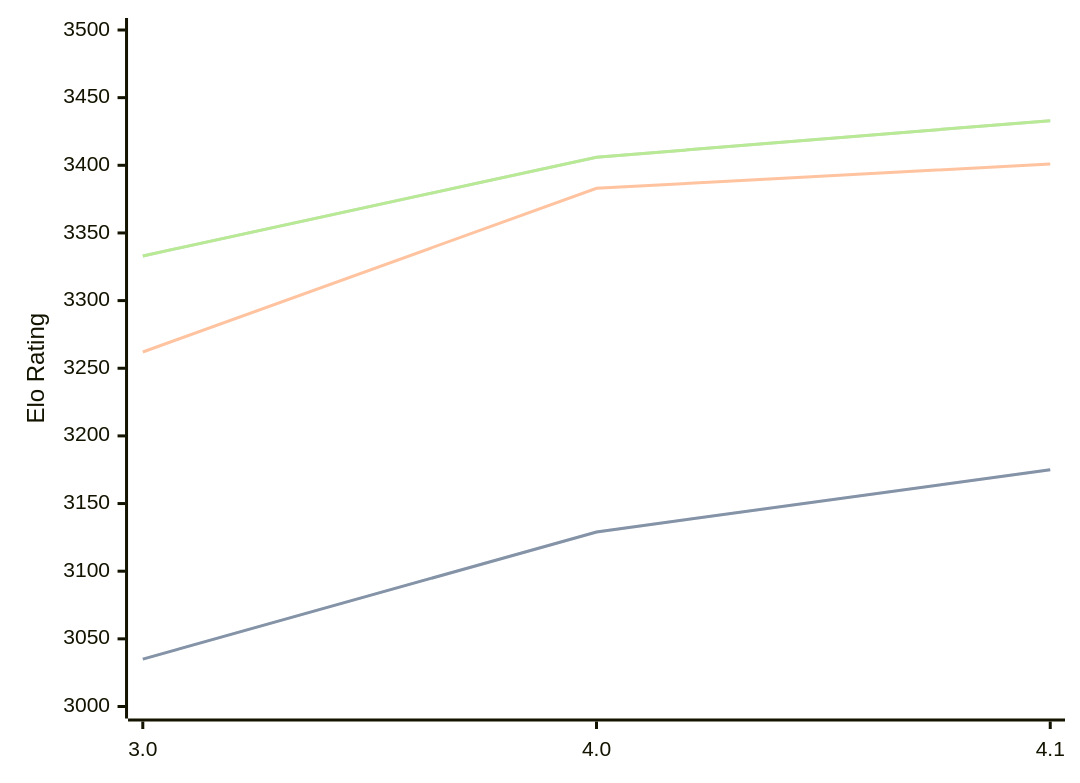
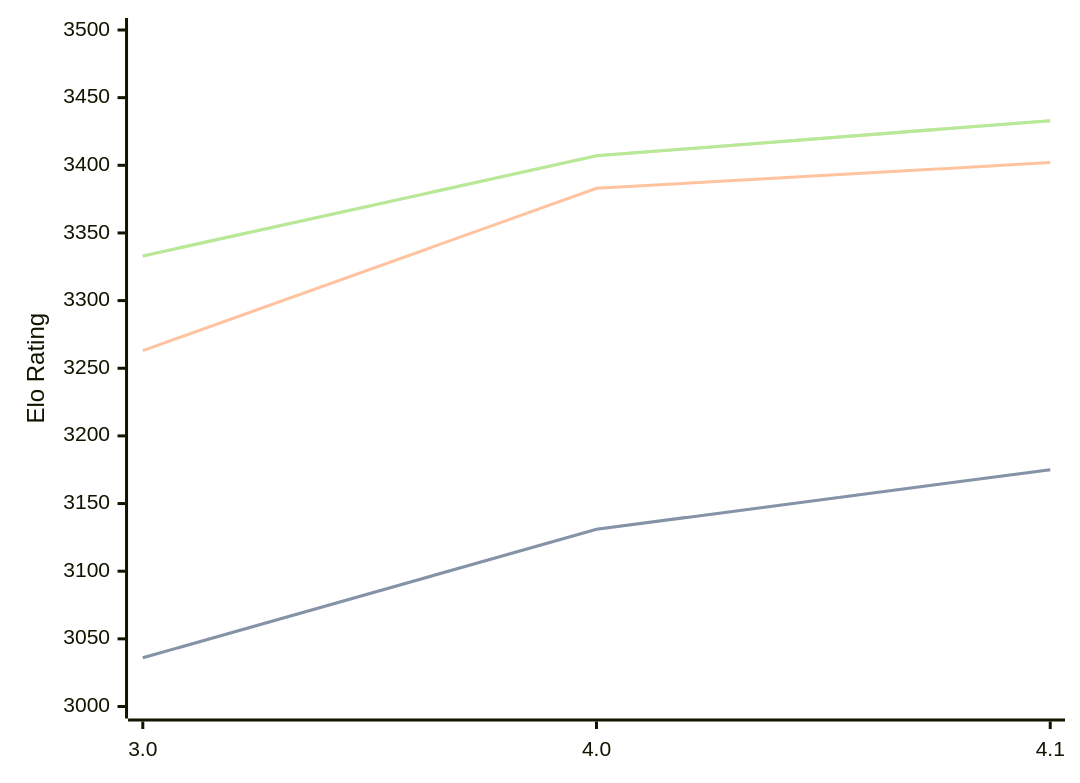
Before and after one commit to computer-chess-index/cci: the diagram in engines/Eleanor.md, drawn with Mermaid. The commit also changed other lines of this file, not shown here.

Commit message:
Update CCI Ratings (ELO VLTC) - 2026-10-08

````diff
--- a/engines/Eleanor.md
+++ b/engines/Eleanor.md
@@ -33,11 +33,11 @@
 ```mermaid
 %%{init: {"theme":"base","themeVariables":{"seriesColors:['#a3a3a3','#222221','#faa371']}}}%%
 xychart-beta
   x-axis ["3.0", "4.0", "4.1"]
   y-axis "Elo Rating" 3000 --> 3500
-  line "" [3035, 3129, 3175]
-  line "STC (8.0+0.08s)" [3035, 3129, 3175]
-  line "LTC (60.0+0.60s)" [3262, 3383, 3401]
-  line "" [3333, 3406, 3433]
-  line "VLTC (2m24s+1.12s)" [3333, 3406, 3433]
+  line "" [3036, 3131, 3175]
+  line "STC (8.0+0.08s)" [3036, 3131, 3175]
+  line "LTC (60.0+0.60s)" [3263, 3383, 3402]
+  line "" [3333, 3407, 3433]
+  line "VLTC (2m24s+1.12s)" [3333, 3407, 3433]
 ```
````
